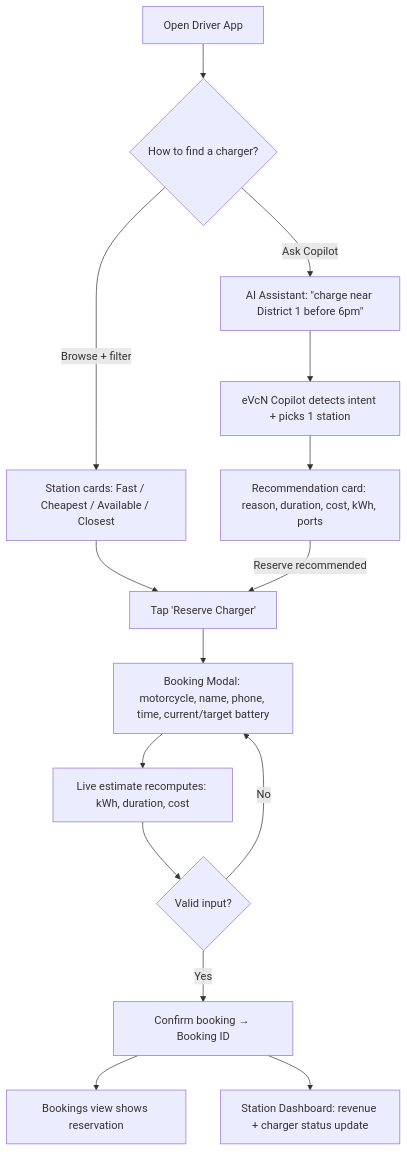
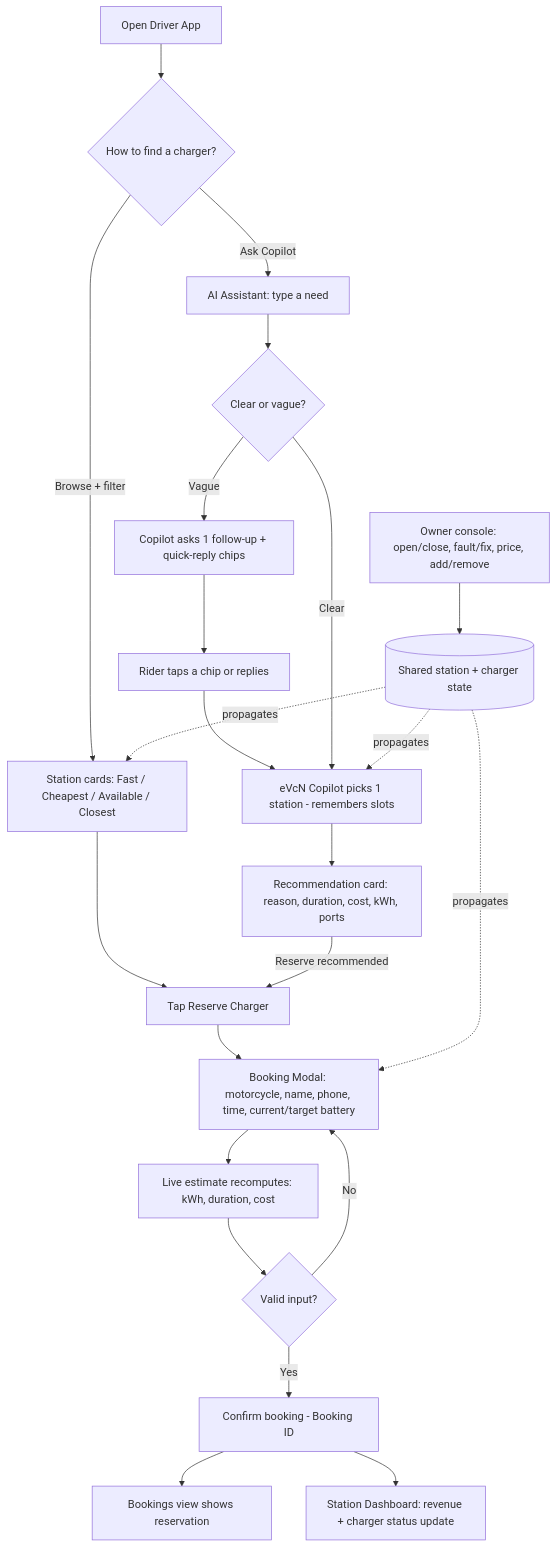
Before and after one commit to Bruhbuhr/eVcN-PoC: the diagram in deliverables/07_prototype.md, drawn with Mermaid. The commit also changed other lines of this file, not shown here.

Commit message:
feat: enhance user flow with clarifying questions and quick-reply options in AI Assistant

````diff
--- a/deliverables/07_prototype.md
+++ b/deliverables/07_prototype.md
@@ -13,17 +13,25 @@
 ```mermaid
 flowchart TD
     A[Open Driver App] --> B{How to find a charger?}
     B -->|Browse + filter| C[Station cards: Fast / Cheapest / Available / Closest]
-    B -->|Ask Copilot| D[AI Assistant: &quot;charge near District 1 before 6pm&quot;]
-    D --> E[eVcN Copilot detects intent + picks 1 station]
+    B -->|Ask Copilot| D[AI Assistant: type a need]
+    D --> V{Clear or vague?}
+    V -->|Vague| W[Copilot asks 1 follow-up + quick-reply chips]
+    W --> X[Rider taps a chip or replies]
+    X --> E
+    V -->|Clear| E[eVcN Copilot picks 1 station - remembers slots]
     E --> F[Recommendation card: reason, duration, cost, kWh, ports]
-    C --> G[Tap 'Reserve Charger']
+    C --> G[Tap Reserve Charger]
     F -->|Reserve recommended| G
     G --> H[Booking Modal: motorcycle, name, phone, time, current/target battery]
     H --> I[Live estimate recomputes: kWh, duration, cost]
     I --> J{Valid input?}
     J -->|No| H
-    J -->|Yes| K[Confirm booking → Booking ID]
+    J -->|Yes| K[Confirm booking - Booking ID]
     K --> L[Bookings view shows reservation]
     K --> M[Station Dashboard: revenue + charger status update]
+    O[Owner console: open/close, fault/fix, price, add/remove] --> P[(Shared station + charger state)]
+    P -.propagates.-> C
+    P -.propagates.-> E
+    P -.propagates.-> H
 ```
````
